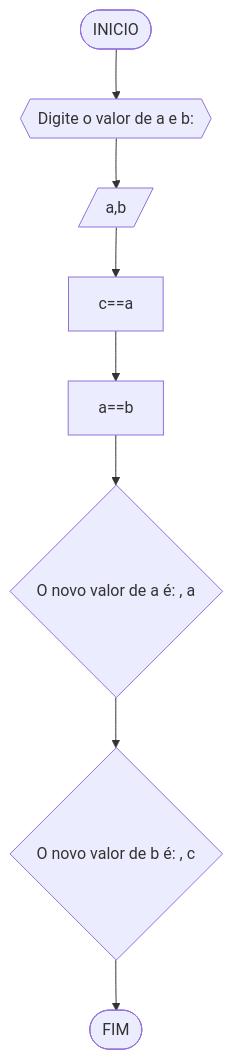
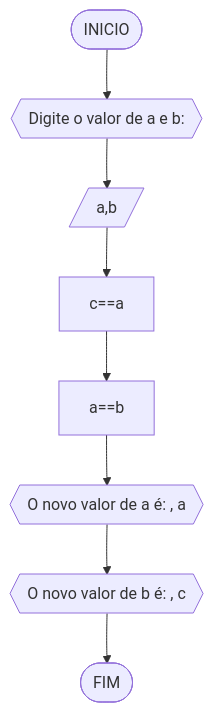
One commit to sdiogenes/unifor changed the first of 7 diagrams in rra/Unidade1/AD1.md. Above: the diagram before and after it, drawn with Mermaid.

````diff
--- a/rra/Unidade1/AD1.md
+++ b/rra/Unidade1/AD1.md
@@ -45,10 +45,10 @@
 ```mermaid
 flowchart TD
 A([INICIO]) --> B{{"Digite o valor de a e b: "}}
 B --> C[/a,b/]
 C --> D[c==a]
 D --> E[a==b]
-E --> F{"O novo valor de a é: ", a}
-F --> G{"O novo valor de b é: ", c}
+E --> F{{"O novo valor de a é: ", a}}
+F --> G{{"O novo valor de b é: ", c}}
 G --> H([FIM])
 ```
````
